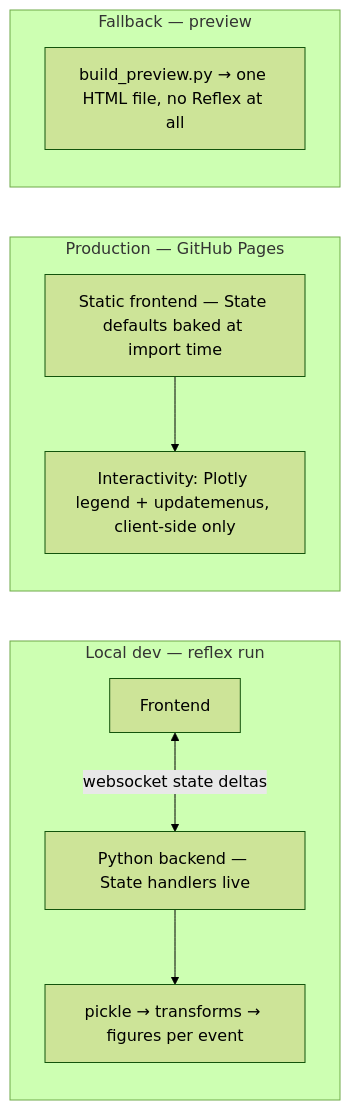
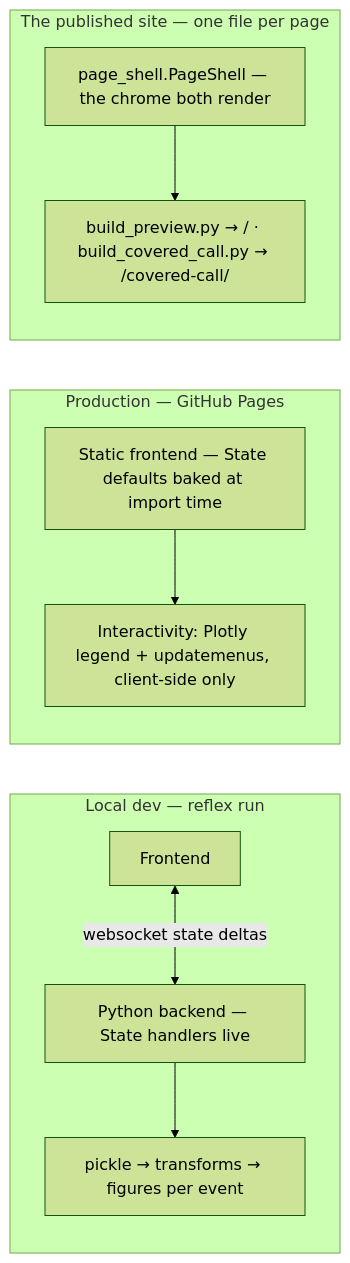
One commit to Jason-Dorman/options-surface-lab changed the second of 2 diagrams in docs/ARCHITECTURE.md. Above: the diagram before and after it, drawn with Mermaid (forest theme). The commit also changed other lines of this file and 20 other files, not shown here.

Commit message:
adding covered call shell page

````diff
--- a/docs/ARCHITECTURE.md
+++ b/docs/ARCHITECTURE.md
@@ -96,18 +97,20 @@
 ```mermaid
 flowchart LR
     subgraph dev["Local dev — reflex run"]
         direction TB
         a1["Frontend"] <-->|"websocket state deltas"| a2["Python backend — State handlers live"]
         a2 --> a3["pickle → transforms → figures per event"]
     end
     subgraph prod["Production — GitHub Pages"]
         direction TB
         b1["Static frontend — State defaults baked at import time"]
         b2["Interactivity: Plotly legend + updatemenus, client-side only"]
         b1 --> b2
     end
-    subgraph fb["Fallback — preview"]
+    subgraph fb["The published site — one file per page"]
         direction TB
-        c1["build_preview.py → one HTML file, no Reflex at all"]
+        c1["build_preview.py → / · build_covered_call.py → /covered-call/"]
+        c2["page_shell.PageShell — the chrome both render"]
+        c2 --> c1
     end
 ```
````
